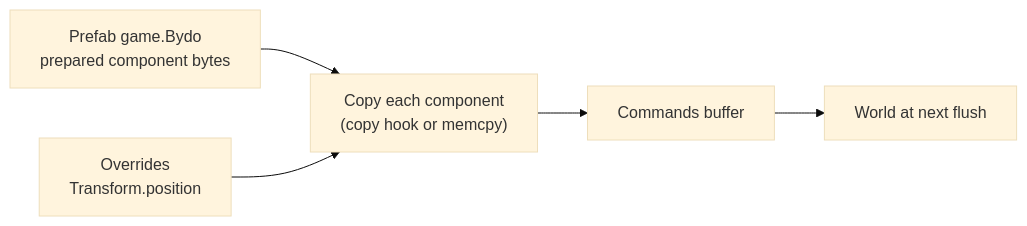
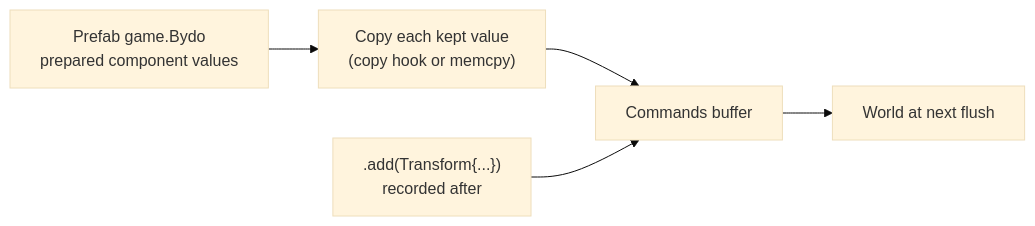
One commit to Charles-Mahoudeau/rtype changed the diagram in docs/ecs/features/18-prefabs-and-scenes.md. Above: the diagram before and after it, drawn with Mermaid (base theme). The commit also changed other lines of this file and 2 other files, not shown here.

````diff
--- a/docs/ecs/features/18-prefabs-and-scenes.md
+++ b/docs/ecs/features/18-prefabs-and-scenes.md
@@ -67,7 +85,7 @@
 ```mermaid
 flowchart LR
-    prefab["Prefab game.Bydo<br/>prepared component bytes"] --> copy["Copy each component<br/>(copy hook or memcpy)"]
-    overrides["Overrides<br/>Transform.position"] --> copy
+    prefab["Prefab game.Bydo<br/>prepared component values"] --> copy["Copy each kept value<br/>(copy hook or memcpy)"]
     copy --> commands["Commands buffer"]
+    overrides[".add(Transform{...})<br/>recorded after"] --> commands
     commands --> world["World at next flush"]
 ```
````
